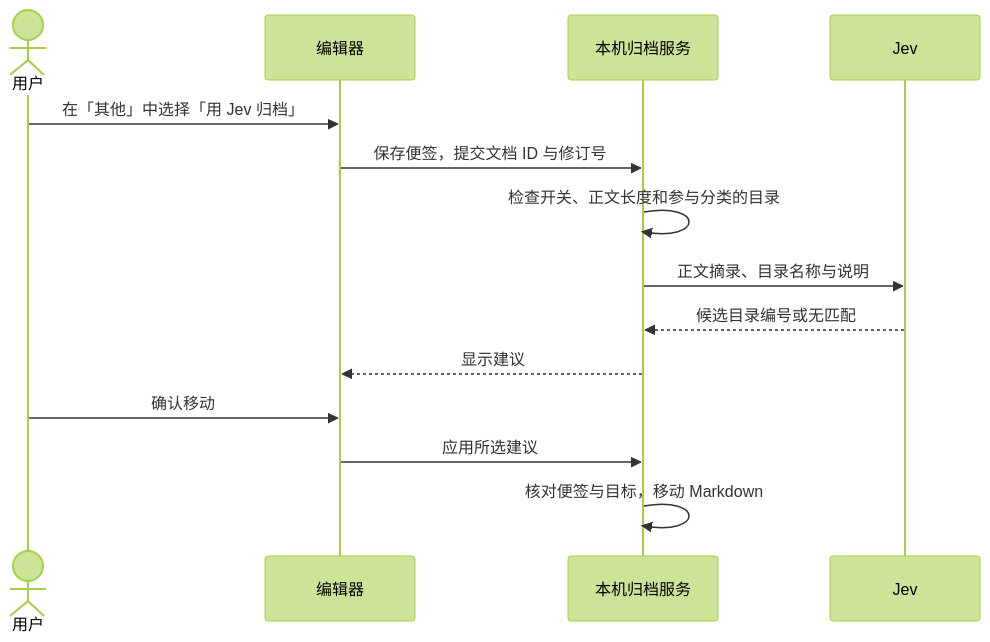
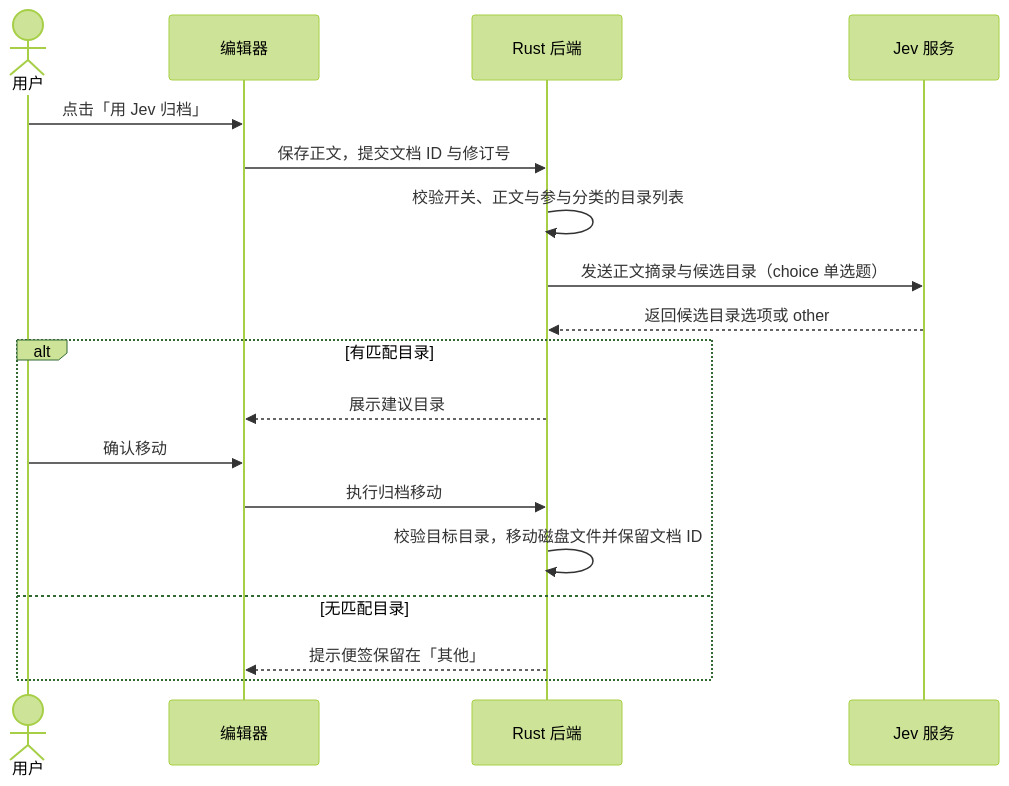
The diagram in docs/architecture.md (lin037/jotiva), drawn with Mermaid (forest theme) before and after one commit. The commit also changed other lines of this file and 34 other files, not shown here.

````diff
--- a/docs/architecture.md
+++ b/docs/architecture.md
@@ -59,16 +59,20 @@
 ```mermaid
 sequenceDiagram
     actor U as 用户
     participant E as 编辑器
-    participant R as 本机归档服务
-    participant J as Jev
-    U->>E: 在「其他」中选择「用 Jev 归档」
-    E->>R: 保存便签，提交文档 ID 与修订号
-    R->>R: 检查开关、正文长度和参与分类的目录
-    R->>J: 正文摘录、目录名称与说明
-    J-->>R: 候选目录编号或无匹配
-    R-->>E: 显示建议
-    U->>E: 确认移动
-    E->>R: 应用所选建议
-    R->>R: 核对便签与目标，移动 Markdown
+    participant R as Rust 后端
+    participant J as Jev 服务
+    U->>E: 点击「用 Jev 归档」
+    E->>R: 保存正文，提交文档 ID 与修订号
+    R->>R: 校验开关、正文与参与分类的目录列表
+    R->>J: 发送正文摘录与候选目录（choice 单选题）
+    J-->>R: 返回候选目录选项或 other
+    alt 有匹配目录
+        R-->>E: 展示建议目录
+        U->>E: 确认移动
+        E->>R: 执行归档移动
+        R->>R: 校验目标目录，移动磁盘文件并保留文档 ID
+    else 无匹配目录
+        R-->>E: 提示便签保留在「其他」
+    end
 ```
````
